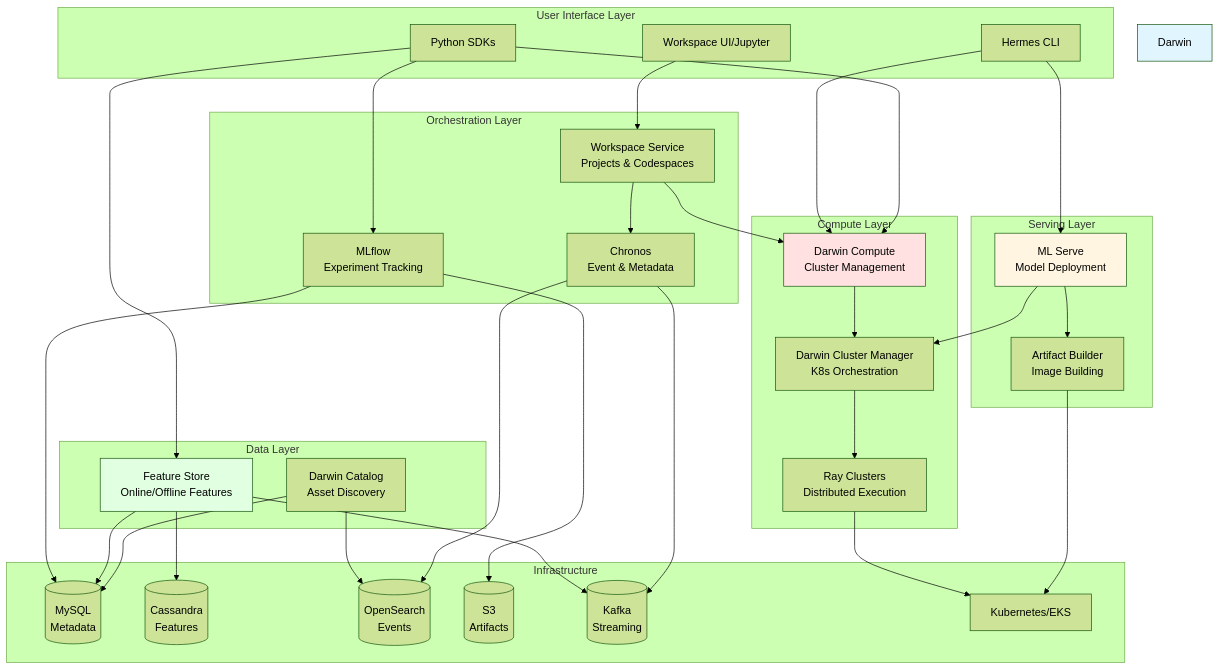
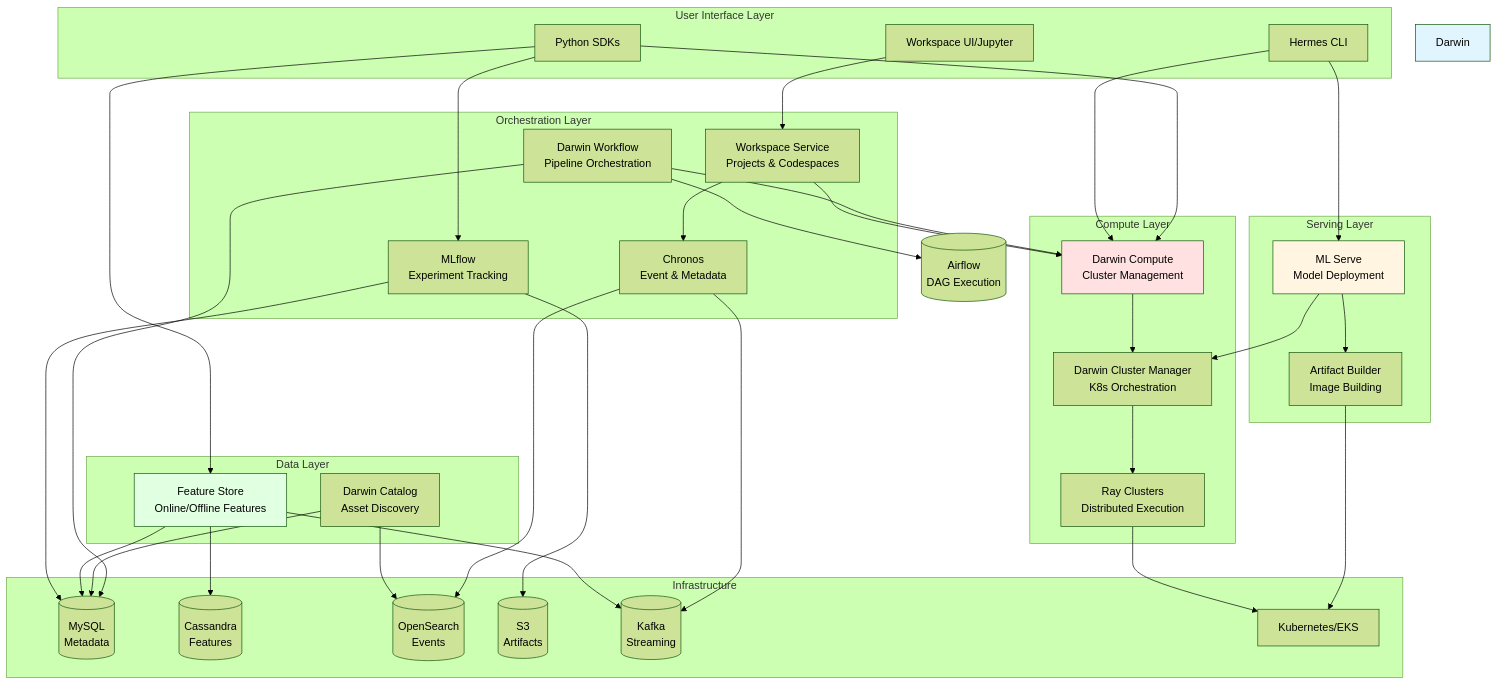
One commit to kgaurkar-d11/darwin changed the first of 3 diagrams in README.md. Above: the diagram before and after it, drawn with Mermaid (forest theme). The commit also changed other lines of this file and 57 other files, not shown here.

````diff
--- a/README.md
+++ b/README.md
@@ -24,72 +24,77 @@
 ```mermaid
 graph TB
     subgraph "User Interface Layer"
         UI[Workspace UI/Jupyter]
         CLI[Hermes CLI]
         SDK[Python SDKs]
     end
 
     subgraph "Orchestration Layer"
         Workspace[Workspace Service<br/>Projects & Codespaces]
         MLflow[MLflow<br/>Experiment Tracking]
         Chronos[Chronos<br/>Event & Metadata]
+        Workflow[Darwin Workflow<br/>Pipeline Orchestration]
     end
 
     subgraph "Compute Layer"
         Compute[Darwin Compute<br/>Cluster Management]
         DCM[Darwin Cluster Manager<br/>K8s Orchestration]
         Ray[Ray Clusters<br/>Distributed Execution]
     end
 
     subgraph "Data Layer"
         FS[Feature Store<br/>Online/Offline Features]
         Catalog[Darwin Catalog<br/>Asset Discovery]
     end
 
     subgraph "Serving Layer"
         Serve[ML Serve<br/>Model Deployment]
         Builder[Artifact Builder<br/>Image Building]
     end
 
     subgraph "Infrastructure"
         MySQL[(MySQL<br/>Metadata)]
         Cassandra[(Cassandra<br/>Features)]
         OpenSearch[(OpenSearch<br/>Events)]
         S3[(S3<br/>Artifacts)]
         Kafka[(Kafka<br/>Streaming)]
         K8s[Kubernetes/EKS]
     end
 
     UI --> Workspace
     CLI --> Serve
     CLI --> Compute
     SDK --> Compute
     SDK --> FS
     SDK --> MLflow
 
     Workspace --> Compute
     Workspace --> Chronos
     MLflow --> S3
     MLflow --> MySQL
 
     Compute --> DCM
     DCM --> Ray
     Ray --> K8s
 
     Serve --> Builder
     Serve --> DCM
     Builder --> K8s
 
     FS --> Cassandra
     FS --> Kafka
     FS --> MySQL
     Catalog --> MySQL
     Catalog --> OpenSearch
     Chronos --> OpenSearch
     Chronos --> Kafka
 
+    Workflow --> Compute
+    Workflow --> MySQL
+    Workflow --> Airflow[(Airflow<br/>DAG Execution)]
+
     style Darwin fill:#e1f5ff
     style Compute fill:#ffe1e1
     style FS fill:#e1ffe1
     style Serve fill:#fff5e1
 ```
````
